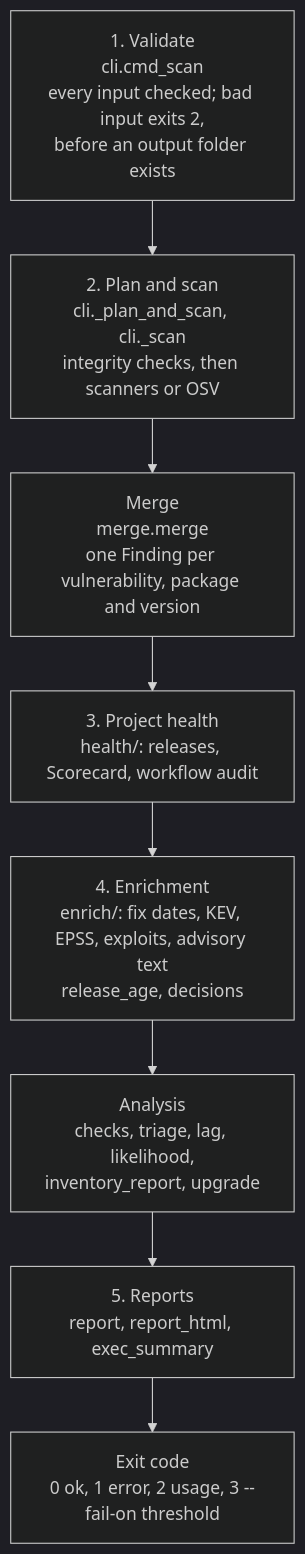
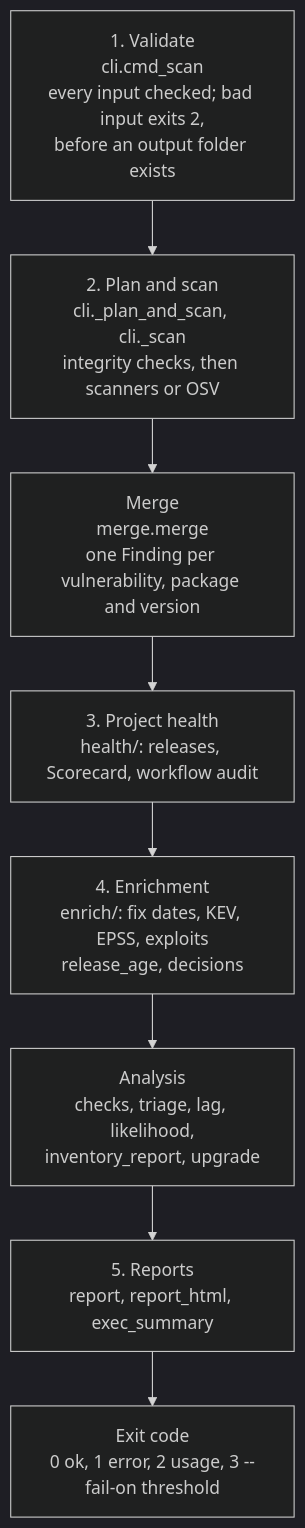
Before and after one commit to ntavakol/OSS-Intake: the diagram in docs/architecture.md, drawn with Mermaid (dark theme). The commit also changed other lines of this file and 6 other files, not shown here.

First line of the commit message:
Review fixes for the CI, docstring and architecture commits

````diff
--- a/docs/architecture.md
+++ b/docs/architecture.md
@@ -18,11 +18,11 @@
 ```mermaid
 flowchart TD
     A["1. Validate<br/>cli.cmd_scan<br/>every input checked; bad input exits 2,<br/>before an output folder exists"] --> B
     B["2. Plan and scan<br/>cli._plan_and_scan, cli._scan<br/>integrity checks, then scanners or OSV"] --> C
     C["Merge<br/>merge.merge<br/>one Finding per vulnerability, package and version"] --> D
     D["3. Project health<br/>health/: releases, Scorecard, workflow audit"] --> E
-    E["4. Enrichment<br/>enrich/: fix dates, KEV, EPSS, exploits, advisory text<br/>release_age, decisions"] --> F
+    E["4. Enrichment<br/>enrich/: fix dates, KEV, EPSS, exploits<br/>release_age, decisions"] --> F
     F["Analysis<br/>checks, triage, lag, likelihood,<br/>inventory_report, upgrade"] --> G
     G["5. Reports<br/>report, report_html, exec_summary"] --> H
     H["Exit code<br/>0 ok, 1 error, 2 usage, 3 --fail-on threshold"]
 ```
````
